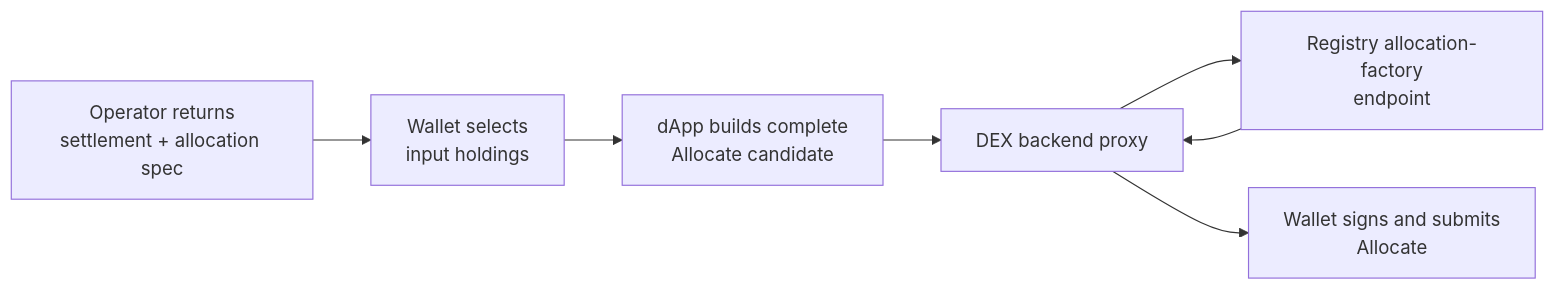
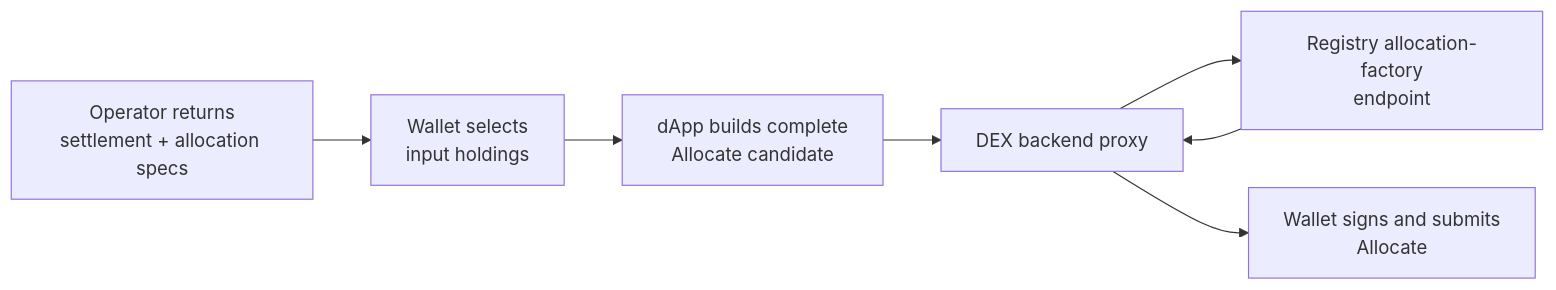
One commit to srikanth-bitdynamics/Canton-Dex-Reference-Implementation changed the second of 3 diagrams in docs/guides/choice-context.md. Above: the diagram before and after it, drawn with Mermaid. The commit also changed other lines of this file and 18 other files, not shown here.

````diff
--- a/docs/guides/choice-context.md
+++ b/docs/guides/choice-context.md
@@ -154,10 +164,10 @@
 ```mermaid
 flowchart LR
-  R["Operator returns<br/>settlement + allocation spec"]
+  R["Operator returns<br/>settlement + allocation specs"]
   W["Wallet selects<br/>input holdings"]
   A["dApp builds complete<br/>Allocate candidate"]
   P["DEX backend proxy"]
   G["Registry allocation-factory<br/>endpoint"]
   S["Wallet signs and submits<br/>Allocate"]
   R --> W --> A --> P --> G --> P --> S
 ```
````
